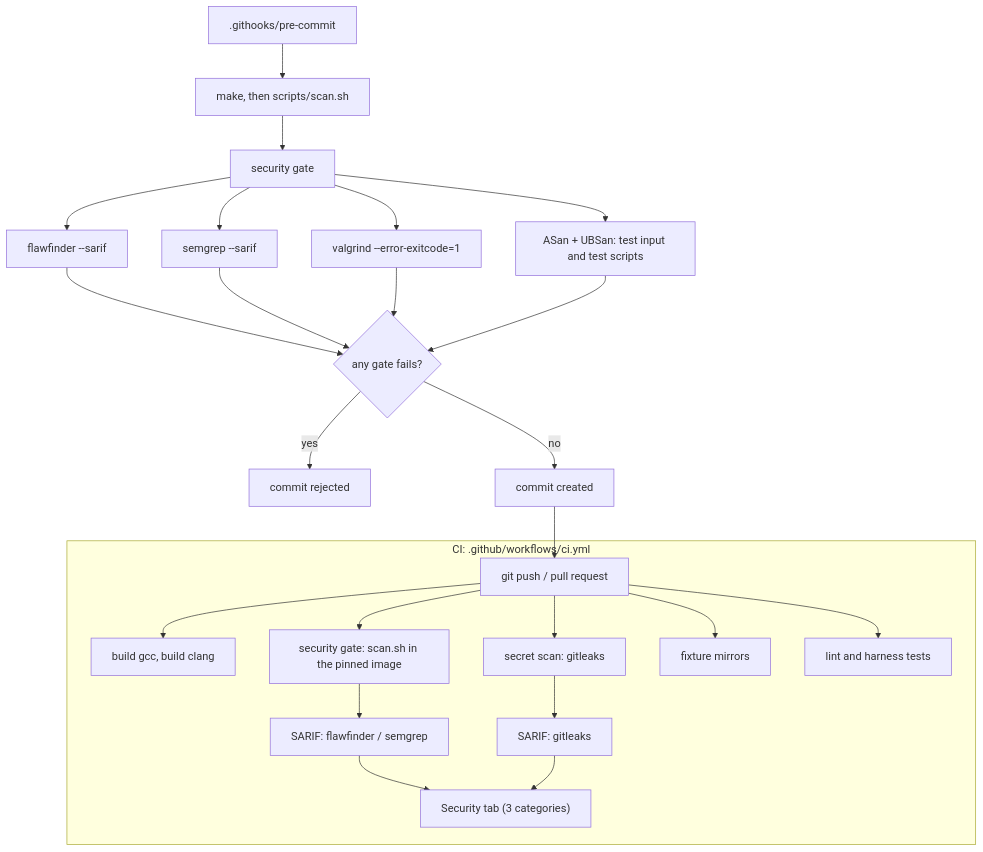
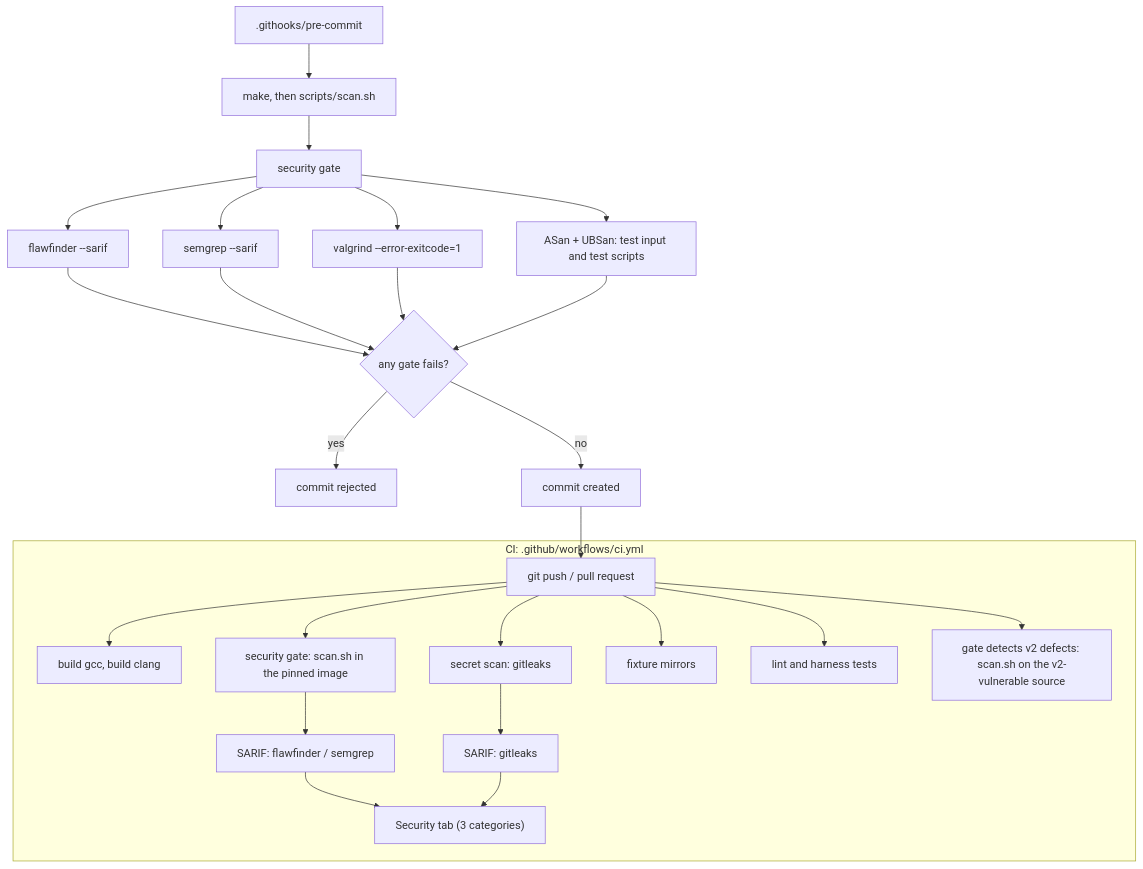
Before and after one commit to Arnaud1404/c-secure-build: the diagram in README.md, drawn with Mermaid. The commit also changed other lines of this file and 1 other file, not shown here.

````diff
--- a/README.md
+++ b/README.md
@@ -7,26 +7,27 @@
 ```mermaid
 flowchart TD
     A[".githooks/pre-commit"] --> B["make, then scripts/scan.sh"]
     B --> C["security gate"]
     C --> C1["flawfinder --sarif"]
     C --> C2["semgrep --sarif"]
     C --> C3["valgrind --error-exitcode=1"]
     C --> C4["ASan + UBSan: test input and test scripts"]
     C1 & C2 & C3 & C4 --> D{"any gate fails?"}
     D -->|yes| E["commit rejected"]
     D -->|no| F["commit created"]
 
     F --> G["git push / pull request"]
 
     subgraph CI["CI: .github/workflows/ci.yml"]
         G --> H1["build gcc, build clang"]
         G --> H3["security gate: scan.sh in the pinned image"]
         G --> H4["secret scan: gitleaks"]
         G --> H5["fixture mirrors"]
         G --> H6["lint and harness tests"]
+        G --> H7["gate detects v2 defects: scan.sh on the v2-vulnerable source"]
         H3 --> S1["SARIF: flawfinder / semgrep"]
         H4 --> S2["SARIF: gitleaks"]
         S1 --> T["Security tab (3 categories)"]
         S2 --> T
     end
 ```
````
